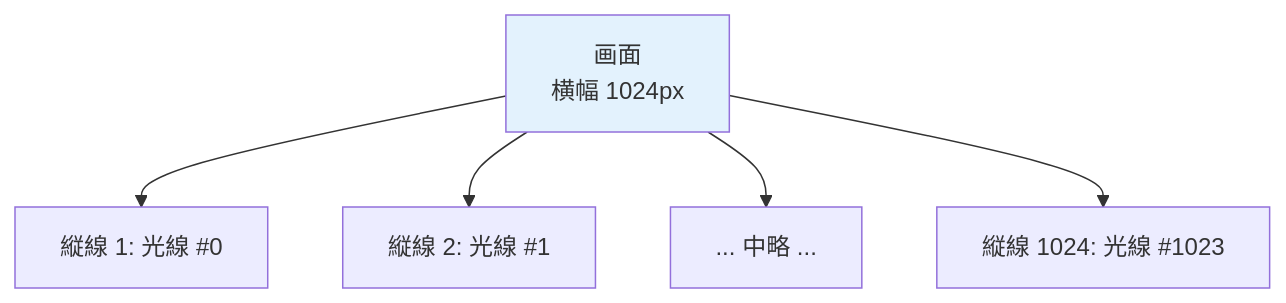
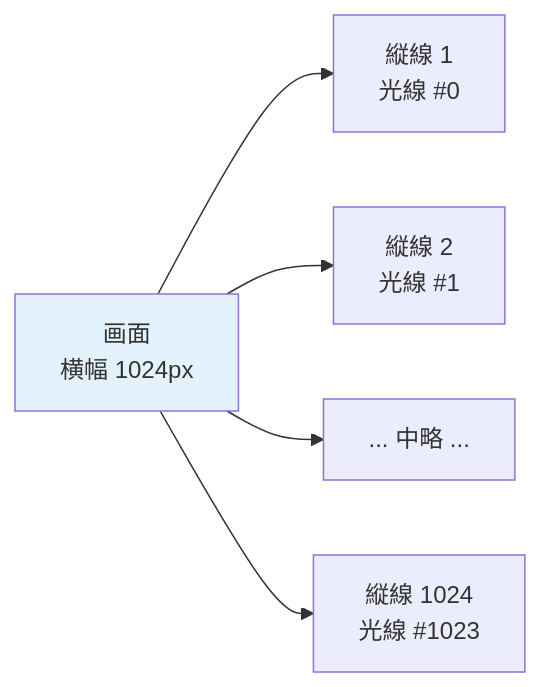
One commit to Tsunanko/cub3d-guide changed the second of 6 diagrams in docs/03-raycasting.md. Above: the diagram before and after it, drawn with Mermaid. The commit also changed other lines of this file and 6 other files, not shown here.

First line of the commit message:
Make Mermaid diagrams fill viewport width and convert vertical flowcharts to horizontal

````diff
--- a/docs/03-raycasting.md
+++ b/docs/03-raycasting.md
@@ -84,9 +84,9 @@
 ```mermaid
-flowchart TD
-    Screen[画面<br>横幅 1024px] --> Col1[縦線 1: 光線 #0]
-    Screen --> Col2[縦線 2: 光線 #1]
+flowchart LR
+    Screen[画面<br>横幅 1024px] --> Col1[縦線 1<br>光線 #0]
+    Screen --> Col2[縦線 2<br>光線 #1]
     Screen --> ColDots[... 中略 ...]
-    Screen --> ColEnd[縦線 1024: 光線 #1023]
+    Screen --> ColEnd[縦線 1024<br>光線 #1023]
 
     style Screen fill:#E3F2FD
 ```
````
